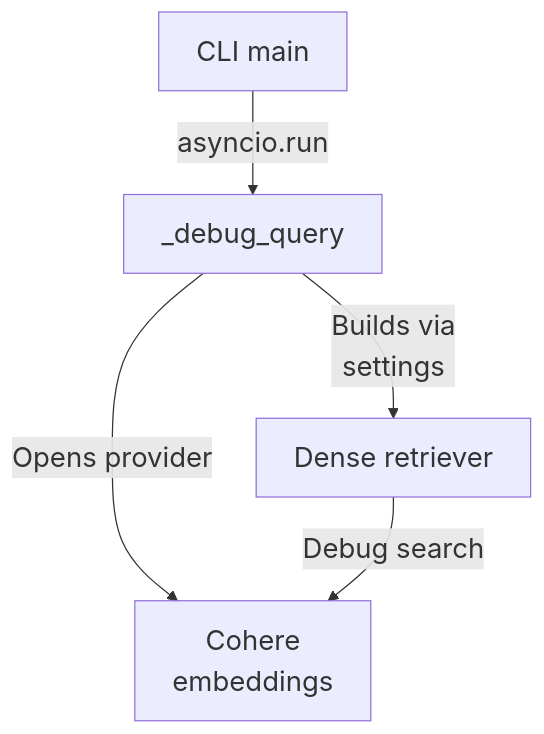
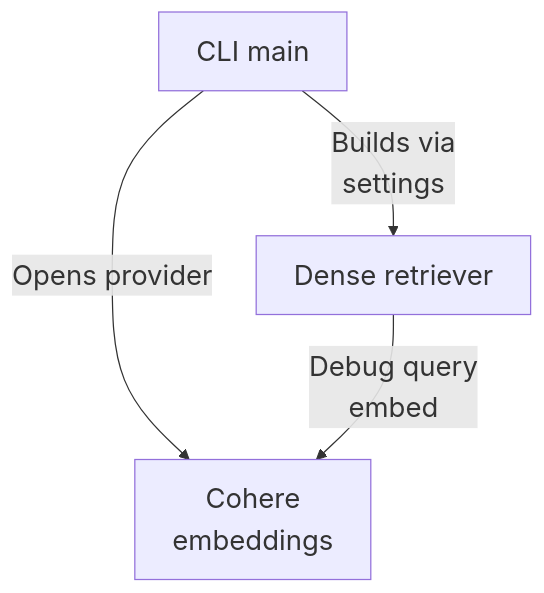
One commit to Justin-Mendoza/Afterclass changed the fifth of 5 diagrams in maps/retrieval/README.md. Above: the diagram before and after it, drawn with Mermaid. The commit also changed other lines of this file and 88 other files, not shown here.

````diff
--- a/maps/retrieval/README.md
+++ b/maps/retrieval/README.md
@@ -104,12 +159,10 @@
 ```mermaid
 %%{init: {"themeVariables": {"fontSize": "22px"}}}%%
 flowchart TD
   n0["CLI main"]
-  n1["_debug_query"]
-  n2["Cohere<br/>embeddings"]
-  n3["Dense retriever"]
-  n0 -->|"asyncio.run"| n1
-  n1 -->|"Opens provider"| n2
-  n1 -->|"Builds via<br/>settings"| n3
-  n3 -->|"Debug search"| n2
+  n1["Cohere<br/>embeddings"]
+  n2["Dense retriever"]
+  n0 -->|"Opens provider"| n1
+  n0 -->|"Builds via<br/>settings"| n2
+  n2 -->|"Debug query<br/>embed"| n1
 ```
````
